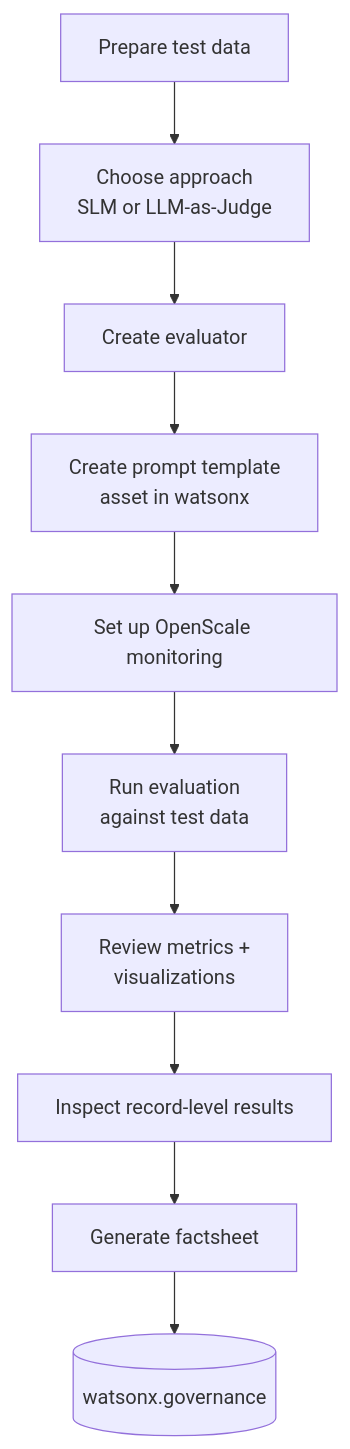
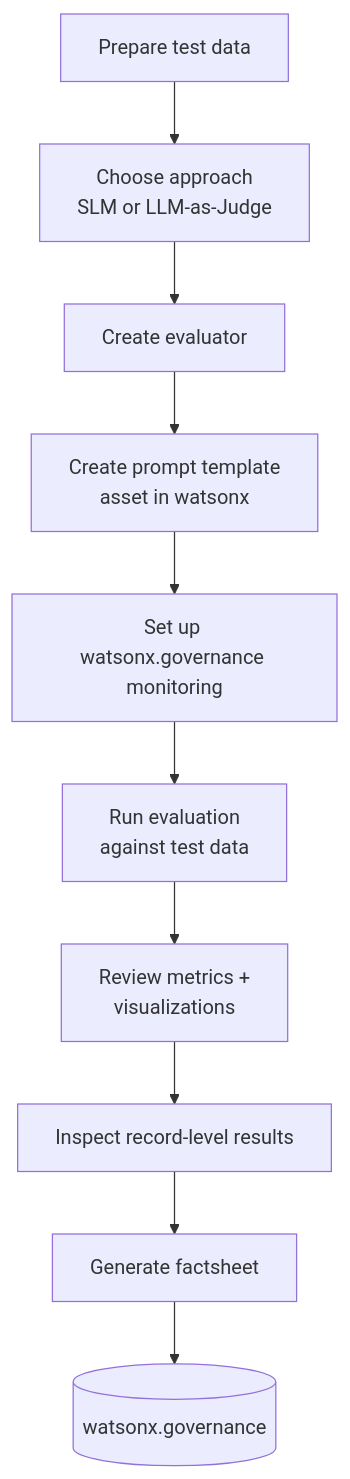
Before and after one commit to ibm-self-serve-assets/building-blocks: the second of 3 diagrams in docs/ai-core/trust/design-time-evaluations.md, drawn with Mermaid. The commit also changed other lines of this file and 1 other file, not shown here.

````diff
--- a/docs/ai-core/trust/design-time-evaluations.md
+++ b/docs/ai-core/trust/design-time-evaluations.md
@@ -106,12 +108,12 @@
 ```mermaid
 graph TD
     A["Prepare test data"] --> B["Choose approach\nSLM or LLM-as-Judge"]
     B --> C["Create evaluator"]
     C --> D["Create prompt template\nasset in watsonx"]
-    D --> E["Set up OpenScale monitoring"]
+    D --> E["Set up watsonx.governance monitoring"]
     E --> F["Run evaluation\nagainst test data"]
     F --> G["Review metrics +\nvisualizations"]
     G --> H["Inspect record-level results"]
     H --> I["Generate factsheet"]
     I --> J[("watsonx.governance")]
 ```
````
